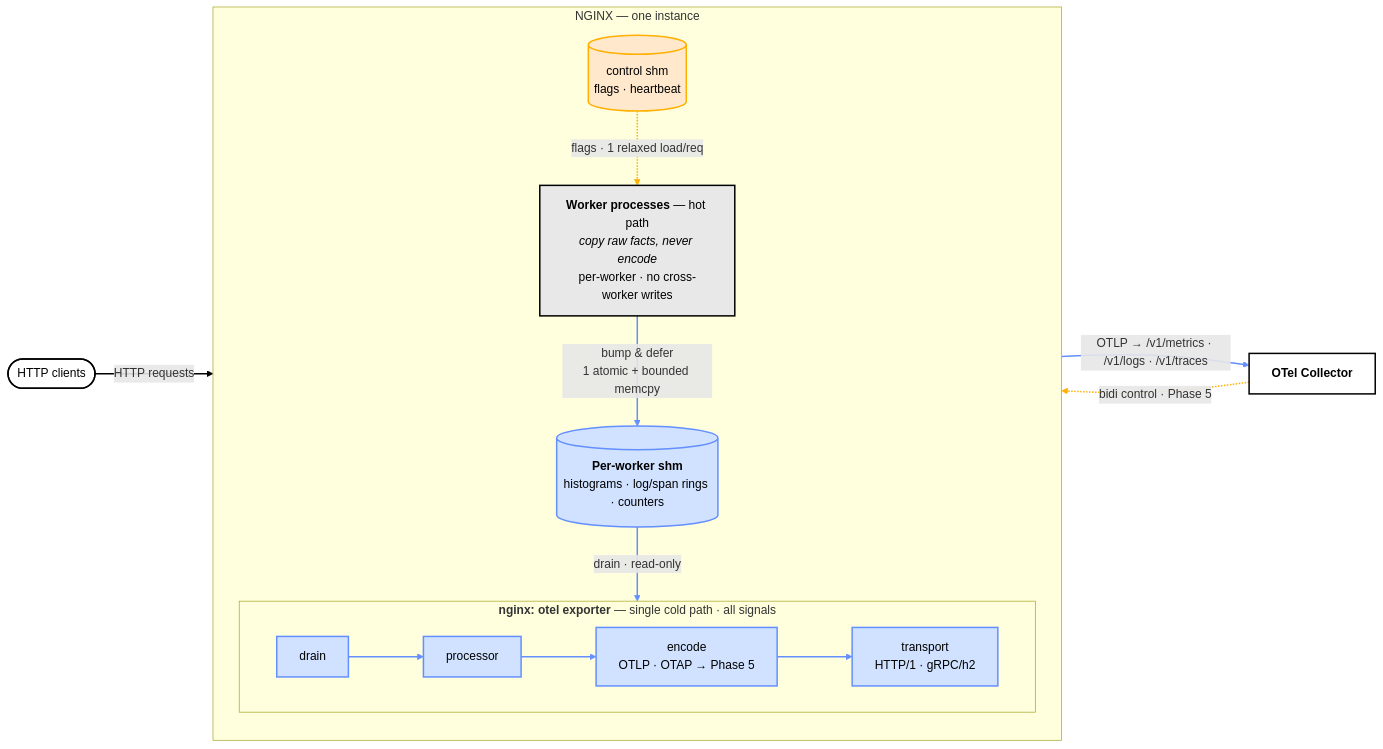
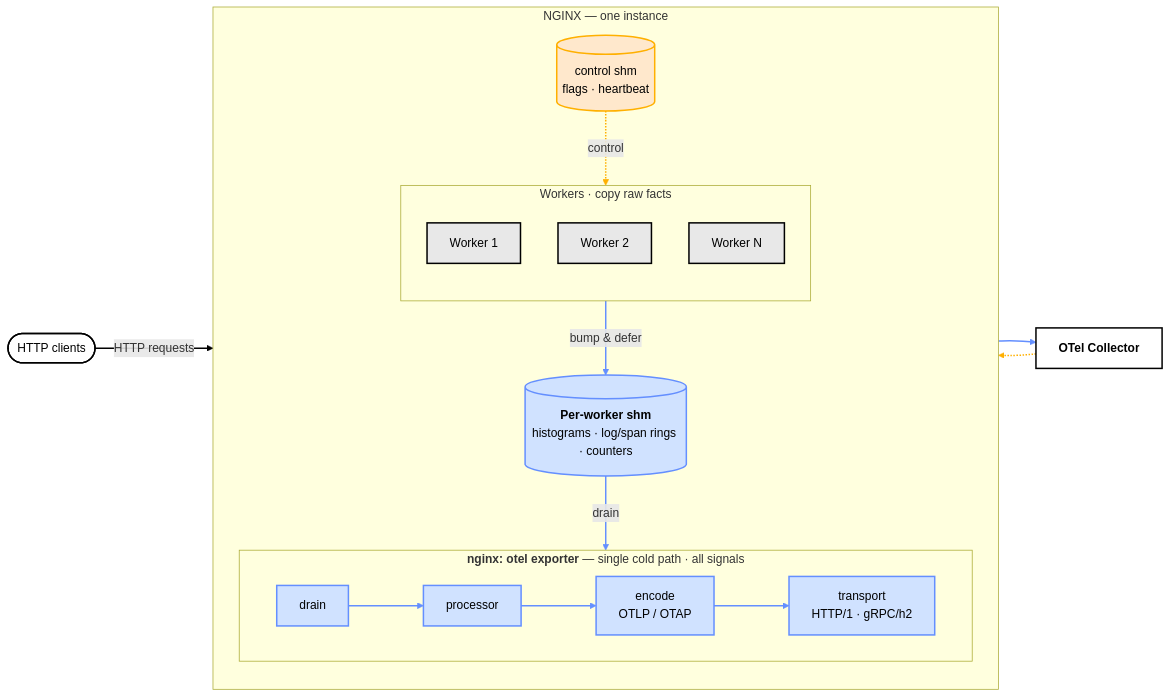
One commit to CVanF5/ngx-otel-rust changed the diagram in README.md. Above: the diagram before and after it, drawn with Mermaid.

Commit message:
docs(readme): simplify architecture diagram per review
Show 3 worker boxes (Worker 1/2/N) in a 'Workers - copy raw facts' group; trim edge labels to bump & defer, drain (no read-only), and control; encode reads 'OTLP / OTAP'; no label on the transport-to-collector arrow. Validated via kroki.

````diff
--- a/README.md
+++ b/README.md
@@ -70,33 +70,38 @@
 ```mermaid
 flowchart LR
     Client(["HTTP clients"]):::ext
 
     subgraph NGINX["NGINX — one instance"]
         direction TB
-        Workers["<b>Worker processes</b> — hot path<br/><i>copy raw facts, never encode</i><br/>per-worker · no cross-worker writes"]:::data
+        subgraph Workers["Workers · copy raw facts"]
+            direction TB
+            W1["Worker 1"]:::data
+            W2["Worker 2"]:::data
+            W3["Worker N"]:::data
+        end
         SHM[("<b>Per-worker shm</b><br/>histograms · log/span rings · counters")]:::tel
         subgraph Exporter["<b>nginx: otel exporter</b> — single cold path · all signals"]
             direction LR
-            Drain["drain"]:::tel --> Proc["processor"]:::tel --> Encode["encode<br/>OTLP · OTAP → Phase 5"]:::tel --> Tx["transport<br/>HTTP/1 · gRPC/h2"]:::tel
+            Drain["drain"]:::tel --> Proc["processor"]:::tel --> Encode["encode<br/>OTLP / OTAP"]:::tel --> Tx["transport<br/>HTTP/1 · gRPC/h2"]:::tel
         end
         Ctl[("control shm<br/>flags · heartbeat")]:::ctl
     end
 
     Coll["<b>OTel Collector</b>"]:::ext
 
     Client -->|"HTTP requests"| Workers
-    Workers -->|"bump &amp; defer<br/>1 atomic + bounded memcpy"| SHM
-    SHM -->|"drain · read-only"| Drain
-    Tx -->|"OTLP → /v1/metrics · /v1/logs · /v1/traces"| Coll
-    Ctl -.->|"flags · 1 relaxed load/req"| Workers
-    Coll -.->|"bidi control · Phase 5"| Ctl
+    Workers -->|"bump &amp; defer"| SHM
+    SHM -->|"drain"| Drain
+    Tx --> Coll
+    Ctl -.->|"control"| Workers
+    Coll -.-> Ctl
 
     classDef data fill:#e8e8e8,stroke:#000000,stroke-width:2px,color:#000000;
     classDef tel fill:#d0e2ff,stroke:#648FFF,stroke-width:2px,color:#000000;
     classDef ctl fill:#ffe8cc,stroke:#FFB000,stroke-width:2px,color:#000000;
     classDef ext fill:#ffffff,stroke:#000000,stroke-width:2px,color:#000000;
 
     linkStyle 0,1,2,4,5,6 stroke:#648FFF,stroke-width:2px;
     linkStyle 3 stroke:#000000,stroke-width:2px;
     linkStyle 7,8 stroke:#FFB000,stroke-width:2px;
 ```
````
